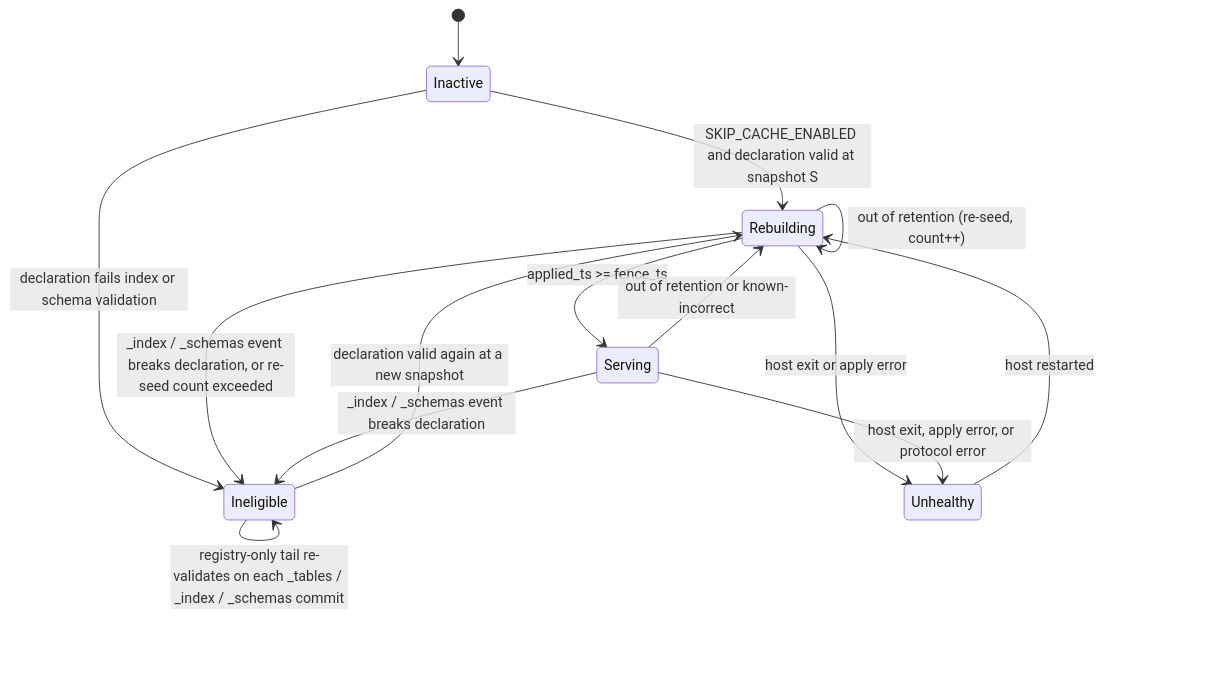
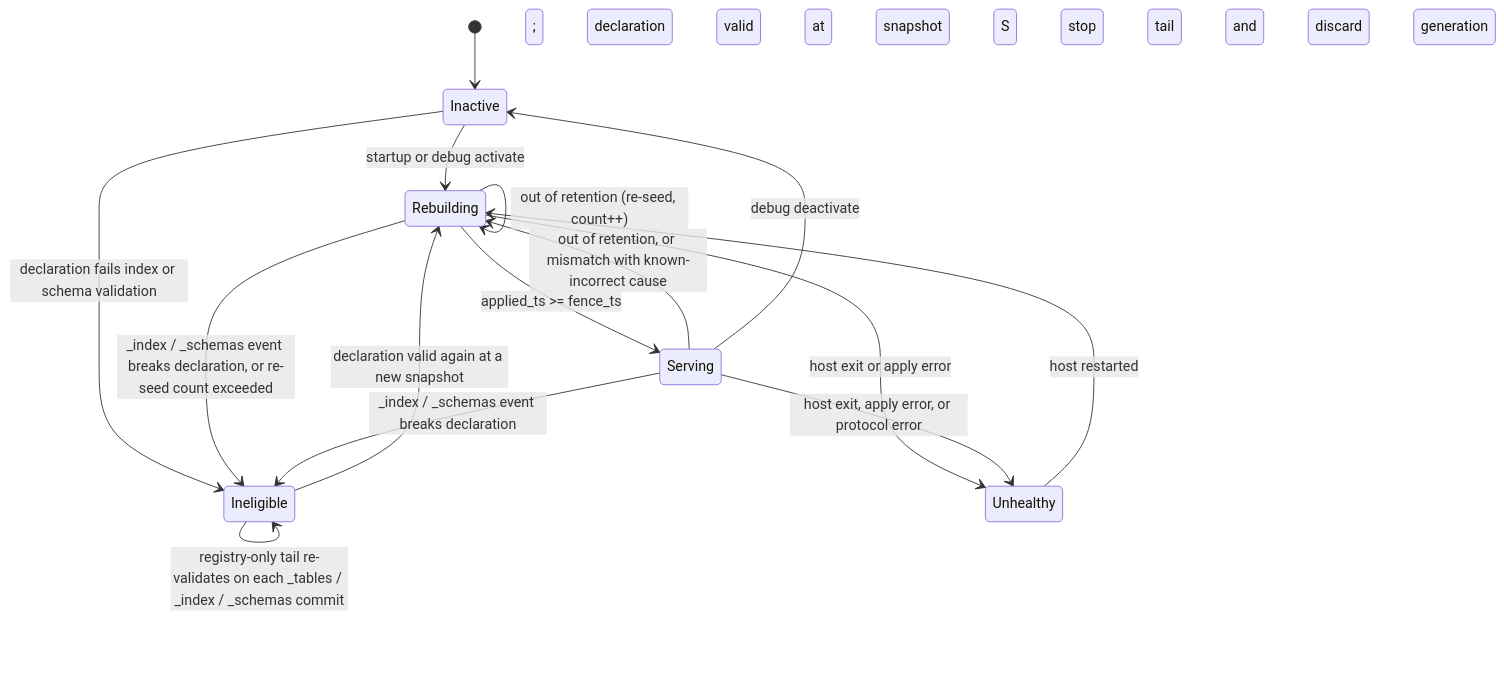
One commit to billf/convex-backend changed the fifth of 7 diagrams in docs/plans/2026-09-10-1702-feat-skip-incremental-materialized-cache-spike-plan.md. Above: the diagram before and after it, drawn with Mermaid. The commit also changed other lines of this file and 8 other files, not shown here.

````diff
--- a/docs/plans/2026-09-10-1702-feat-skip-incremental-materialized-cache-spike-plan.md
+++ b/docs/plans/2026-09-10-1702-feat-skip-incremental-materialized-cache-spike-plan.md
@@ -415,16 +415,17 @@
 ```mermaid
 stateDiagram-v2
   [*] --> Inactive
-  Inactive --> Rebuilding: SKIP_CACHE_ENABLED and declaration valid at snapshot S
+  Inactive --> Rebuilding: startup or debug activate; declaration valid at snapshot S
   Inactive --> Ineligible: declaration fails index or schema validation
   Rebuilding --> Serving: applied_ts >= fence_ts
   Rebuilding --> Unhealthy: host exit or apply error
   Rebuilding --> Rebuilding: out of retention (re-seed, count++)
   Rebuilding --> Ineligible: _index / _schemas event breaks declaration, or re-seed count exceeded
   Serving --> Unhealthy: host exit, apply error, or protocol error
   Serving --> Ineligible: _index / _schemas event breaks declaration
-  Serving --> Rebuilding: out of retention or known-incorrect
+  Serving --> Rebuilding: out of retention, or mismatch with known-incorrect cause
+  Serving --> Inactive: debug deactivate; stop tail and discard generation
   Unhealthy --> Rebuilding: host restarted
   Ineligible --> Ineligible: registry-only tail re-validates on each _tables / _index / _schemas commit
   Ineligible --> Rebuilding: declaration valid again at a new snapshot
 ```
````
